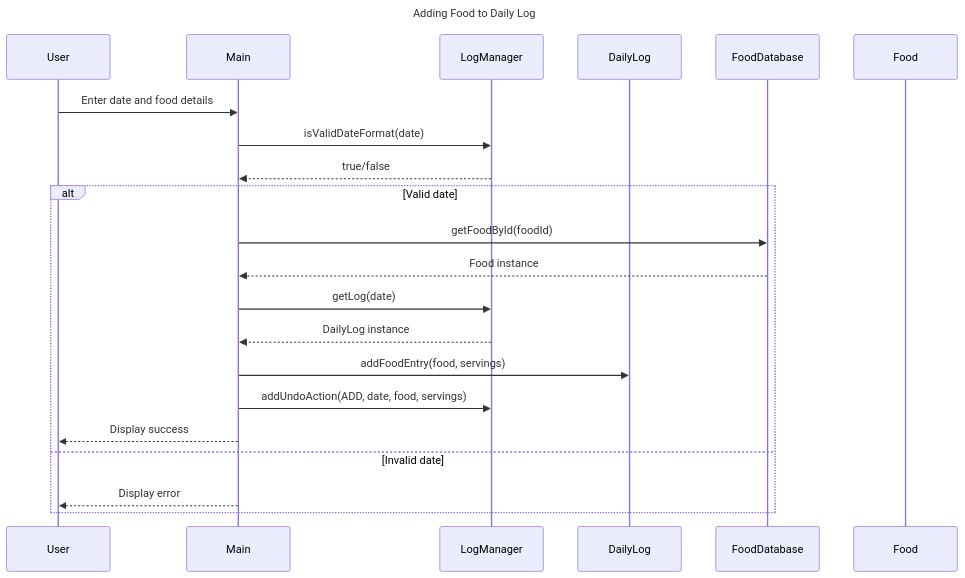
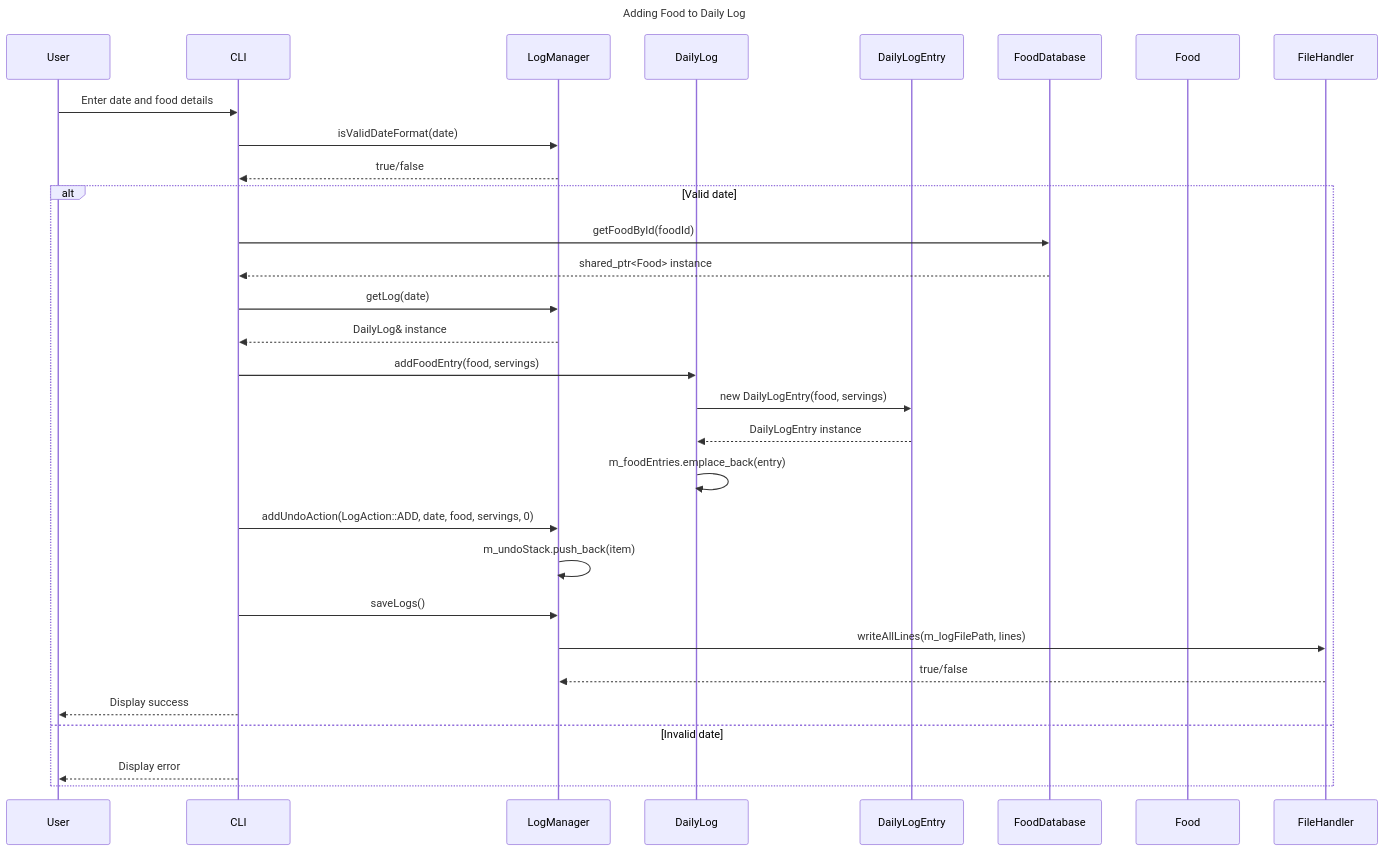
Before and after one commit to SANS-Surya-o/Diet-Manager-OOPS-Project: the third of 5 diagrams in docs/sequences.md, drawn with Mermaid. The commit also changed other lines of this file and 5 other files, not shown here.

````diff
--- a/docs/sequences.md
+++ b/docs/sequences.md
@@ -55,26 +64,34 @@
 ```mermaid
 sequenceDiagram
     participant User
-    participant Main
+    participant CLI
     participant LogManager
     participant DailyLog
+    participant DailyLogEntry
     participant FoodDatabase
     participant Food
 
     title Adding Food to Daily Log
 
-    User->>Main: Enter date and food details
-    Main->>LogManager: isValidDateFormat(date)
-    LogManager-->>Main: true/false
+    User->>CLI: Enter date and food details
+    CLI->>LogManager: isValidDateFormat(date)
+    LogManager-->>CLI: true/false
     alt Valid date
-        Main->>FoodDatabase: getFoodById(foodId)
-        FoodDatabase-->>Main: Food instance
-        Main->>LogManager: getLog(date)
-        LogManager-->>Main: DailyLog instance
-        Main->>DailyLog: addFoodEntry(food, servings)
-        Main->>LogManager: addUndoAction(ADD, date, food, servings)
-        Main-->>User: Display success
+        CLI->>FoodDatabase: getFoodById(foodId)
+        FoodDatabase-->>CLI: shared_ptr<Food> instance
+        CLI->>LogManager: getLog(date)
+        LogManager-->>CLI: DailyLog& instance
+        CLI->>DailyLog: addFoodEntry(food, servings)
+        DailyLog->>DailyLogEntry: new DailyLogEntry(food, servings)
+        DailyLogEntry-->>DailyLog: DailyLogEntry instance
+        DailyLog->>DailyLog: m_foodEntries.emplace_back(entry)
+        CLI->>LogManager: addUndoAction(LogAction::ADD, date, food, servings, 0)
+        LogManager->>LogManager: m_undoStack.push_back(item)
+        CLI->>LogManager: saveLogs()
+        LogManager->>FileHandler: writeAllLines(m_logFilePath, lines)
+        FileHandler-->>LogManager: true/false
+        CLI-->>User: Display success
     else Invalid date
-        Main-->>User: Display error
+        CLI-->>User: Display error
     end
 ```
````
